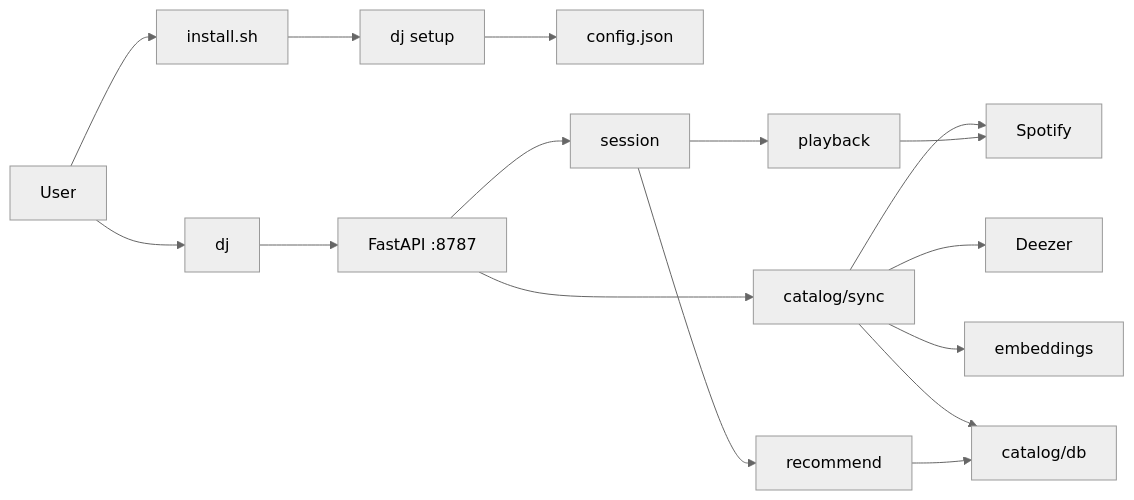
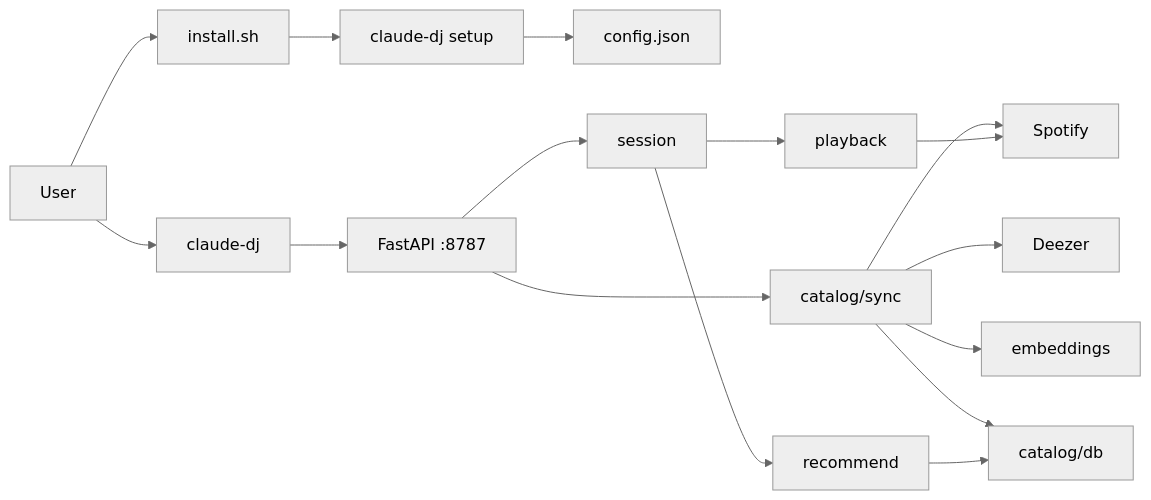
The diagram in wiki/overview.md (AdamPSU/agent-dj), drawn with Mermaid (neutral theme) before and after one commit. The commit also changed other lines of this file and 11 other files, not shown here.

````diff
--- a/wiki/overview.md
+++ b/wiki/overview.md
@@ -50,18 +50,18 @@
 ```mermaid
 flowchart LR
   User --> Install["install.sh"]
-  Install --> Setup["dj setup"]
+  Install --> Setup["claude-dj setup"]
   Setup --> Config["config.json"]
-  User --> CLI["dj"]
+  User --> CLI["claude-dj"]
   CLI --> Daemon["FastAPI :8787"]
   Daemon --> Sync["catalog/sync"]
   Daemon --> Sess["session"]
   Sync --> Spotify
   Sync --> Deezer
   Sync --> Emb["embeddings"]
   Sync --> DB["catalog/db"]
   Sess --> Rec["recommend"]
   Sess --> Play["playback"]
   Rec --> DB
   Play --> Spotify
 ```
````
